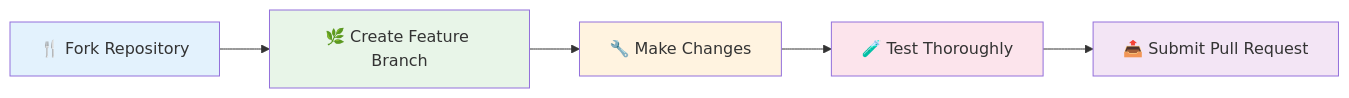
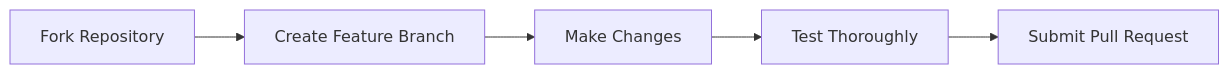
The ninth of 9 diagrams in README.md (abdo-sayed1/Industrial_Predictive_Maintenance_AIoT), drawn with Mermaid before and after one commit. The commit also changed other lines of this file, not shown here.

````diff
--- a/README.md
+++ b/README.md
@@ -711,13 +570,7 @@
 ```mermaid
 graph LR
-    A[🍴 Fork Repository] --> B[🌿 Create Feature Branch]
-    B --> C[🔧 Make Changes]
-    C --> D[🧪 Test Thoroughly]
-    D --> E[📤 Submit Pull Request]
-    
-    style A fill:#e3f2fd
-    style B fill:#e8f5e8
-    style C fill:#fff3e0
-    style D fill:#fce4ec
-    style E fill:#f3e5f5
+    A[Fork Repository] --> B[Create Feature Branch]
+    B --> C[Make Changes]
+    C --> D[Test Thoroughly]
+    D --> E[Submit Pull Request]
 ```
````
